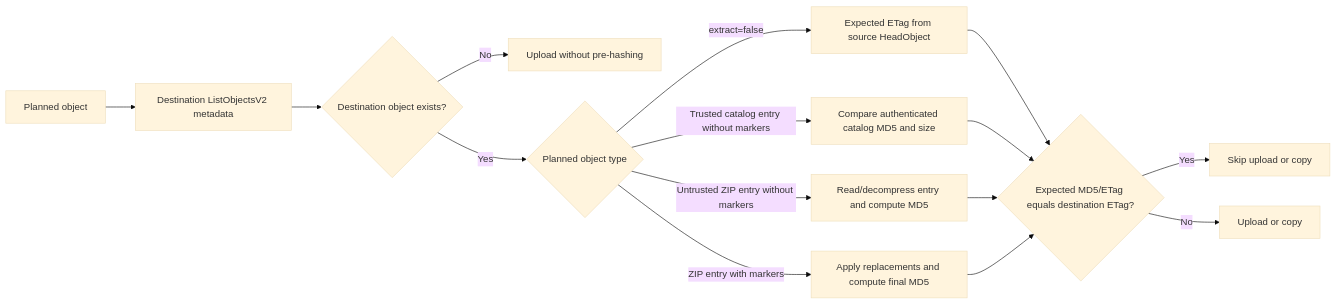
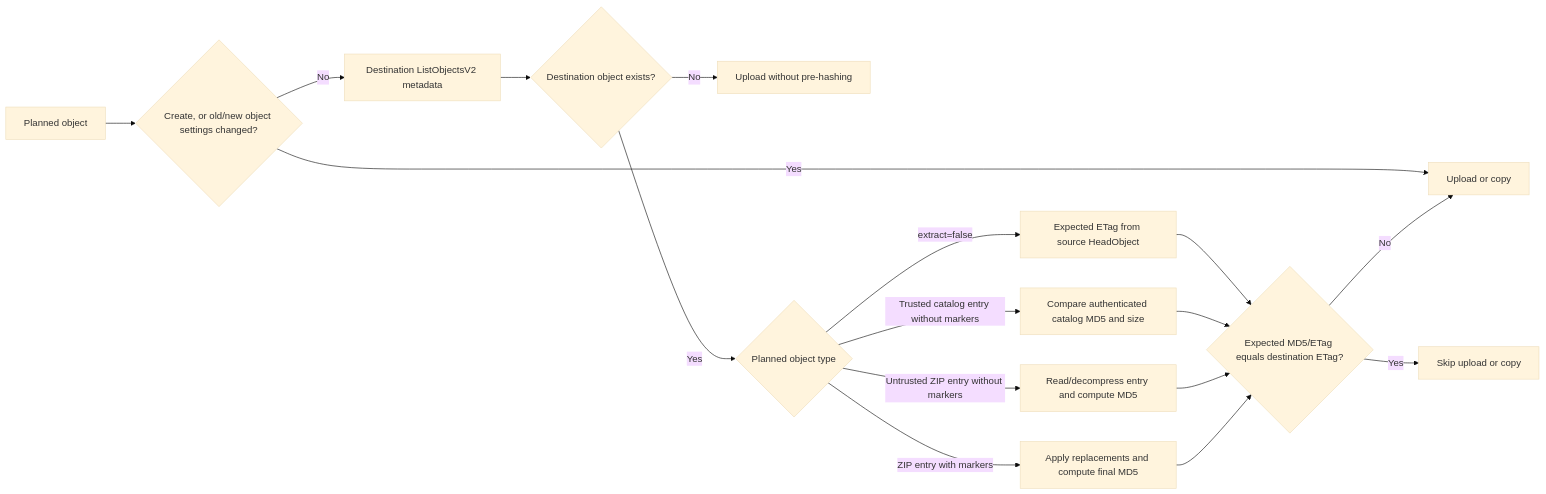
The second of 2 diagrams in docs/architecture.md (garysassano/shin-bucket-deployment), drawn with Mermaid (base theme) before and after one commit. The commit also changed other lines of this file and 18 other files, not shown here.

````diff
--- a/docs/architecture.md
+++ b/docs/architecture.md
@@ -378,17 +383,19 @@
 ```mermaid
 flowchart LR
-  A["Planned object"] --> B["Destination ListObjectsV2 metadata"]
+  A["Planned object"] --> M{"Create, or old/new object settings changed?"}
+  M -->|Yes| K["Upload or copy"]
+  M -->|No| B["Destination ListObjectsV2 metadata"]
   B --> C{"Destination object exists?"}
   C -->|No| D["Upload without pre-hashing"]
   C -->|Yes| E{"Planned object type"}
   E -->|"extract=false"| F["Expected ETag from source HeadObject"]
   E -->|"Trusted catalog entry without markers"| G["Compare authenticated catalog MD5 and size"]
   E -->|"Untrusted ZIP entry without markers"| L["Read/decompress entry and compute MD5"]
   E -->|"ZIP entry with markers"| H["Apply replacements and compute final MD5"]
   F --> I{"Expected MD5/ETag equals destination ETag?"}
   G --> I
   L --> I
   H --> I
   I -->|Yes| J["Skip upload or copy"]
   I -->|No| K["Upload or copy"]
 ```
````
